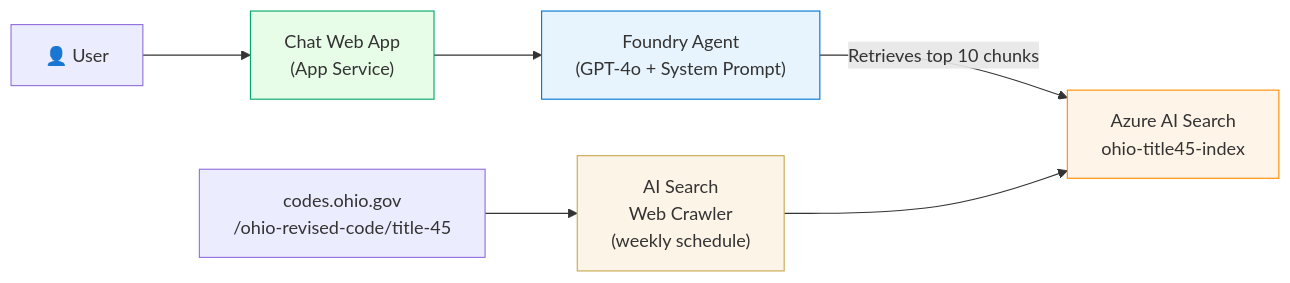
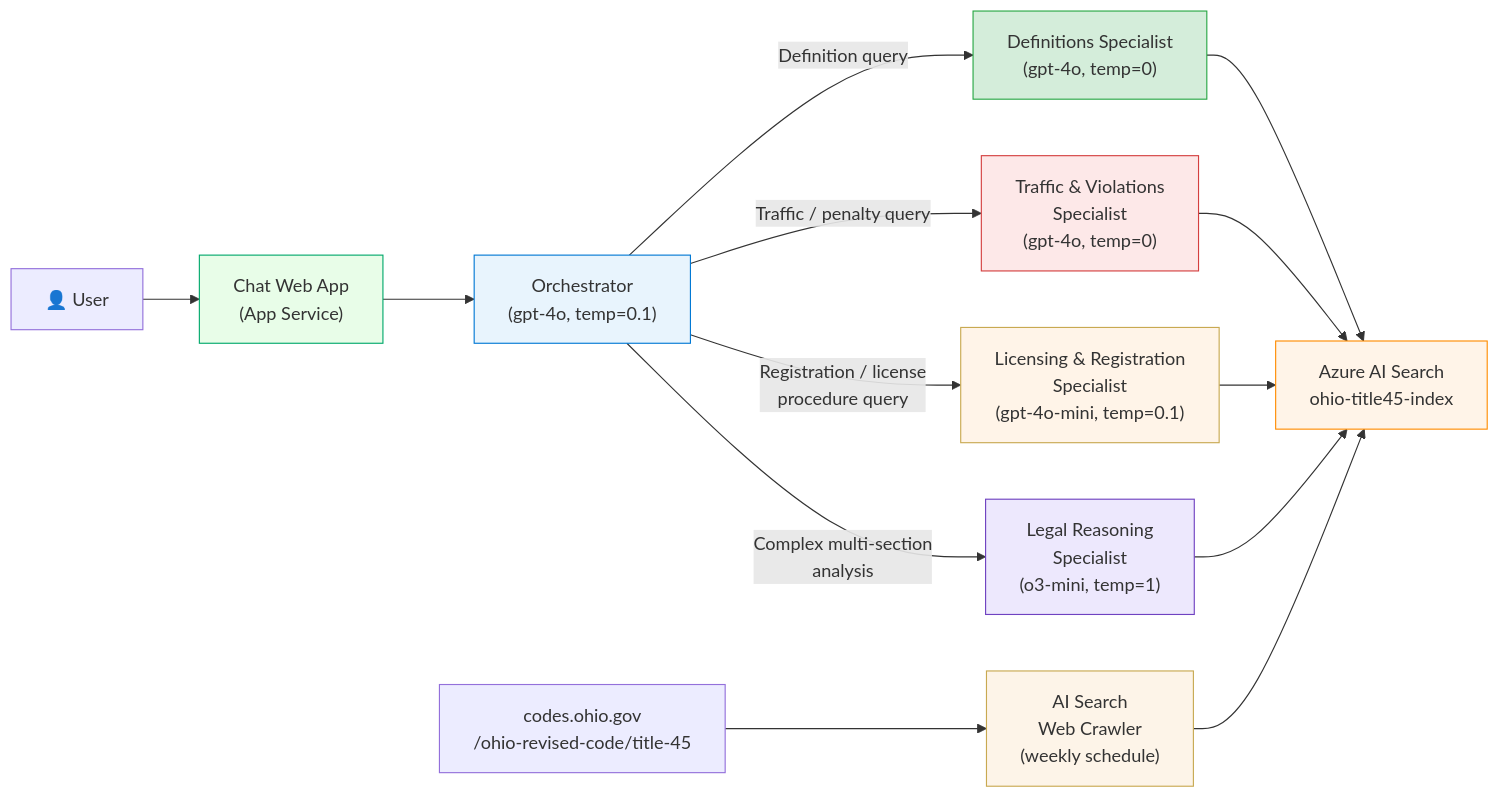
Before and after one commit to ricardo-msft-SE/policybot1: the first of 2 diagrams in docs/architecture.md, drawn with Mermaid. The commit also changed other lines of this file and 10 other files, not shown here.

First line of the commit message:
feat: multi-agent architecture with specialized models

````diff
--- a/docs/architecture.md
+++ b/docs/architecture.md
@@ -24,13 +26,27 @@
 ```mermaid
 flowchart LR
     User["👤 User"] --> WebApp["Chat Web App\n(App Service)"]
-    WebApp --> Agent["Foundry Agent\n(GPT-4o + System Prompt)"]
-    Agent -->|"Retrieves top 10 chunks"| Search["Azure AI Search\nohio-title45-index"]
+    WebApp --> Orch["Orchestrator\n(gpt-4o, temp=0.1)"]
+
+    Orch -->|"Definition query"| Def["Definitions Specialist\n(gpt-4o, temp=0)"]
+    Orch -->|"Traffic / penalty query"| Viol["Traffic & Violations\nSpecialist\n(gpt-4o, temp=0)"]
+    Orch -->|"Registration / license\nprocedure query"| Lic["Licensing & Registration\nSpecialist\n(gpt-4o-mini, temp=0.1)"]
+    Orch -->|"Complex multi-section\nanalysis"| Reason["Legal Reasoning\nSpecialist\n(o3-mini, temp=1)"]
+
+    Def --> Search["Azure AI Search\nohio-title45-index"]
+    Viol --> Search
+    Lic --> Search
+    Reason --> Search
+
     Crawler["AI Search\nWeb Crawler\n(weekly schedule)"] --> Search
     Ohio["codes.ohio.gov\n/ohio-revised-code/title-45"] --> Crawler
 
-    style Agent fill:#e8f4fd,stroke:#0078d4
+    style Orch fill:#e8f4fd,stroke:#0078d4
+    style Def fill:#d4edda,stroke:#28a745
+    style Viol fill:#fde8e8,stroke:#d43f3f
+    style Lic fill:#fff4e8,stroke:#c8a951
+    style Reason fill:#ede8fd,stroke:#6f42c1
     style Search fill:#fff4e8,stroke:#ff8c00
     style WebApp fill:#e8fde8,stroke:#00a86b
     style Crawler fill:#fdf4e8,stroke:#c8a951
 ```
````
